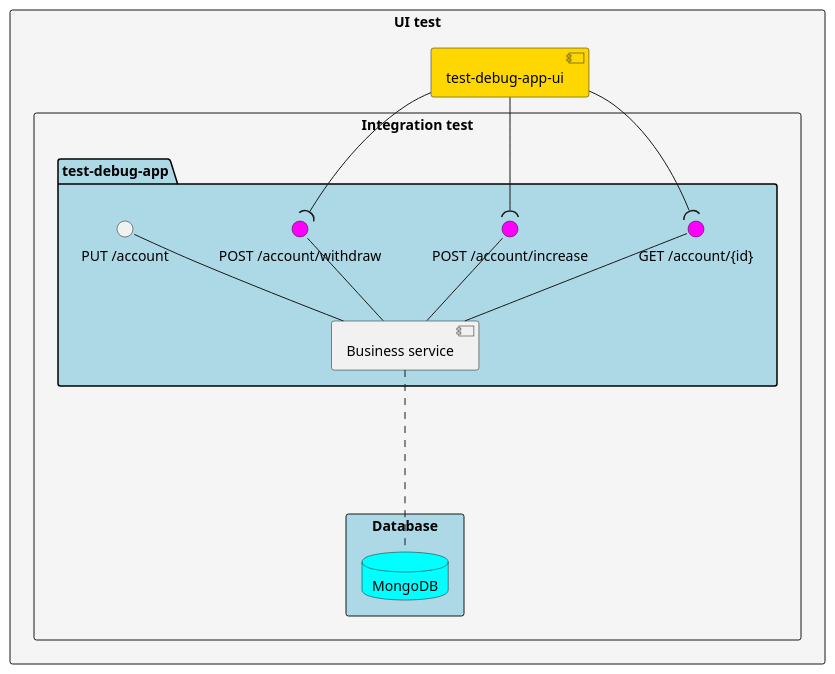
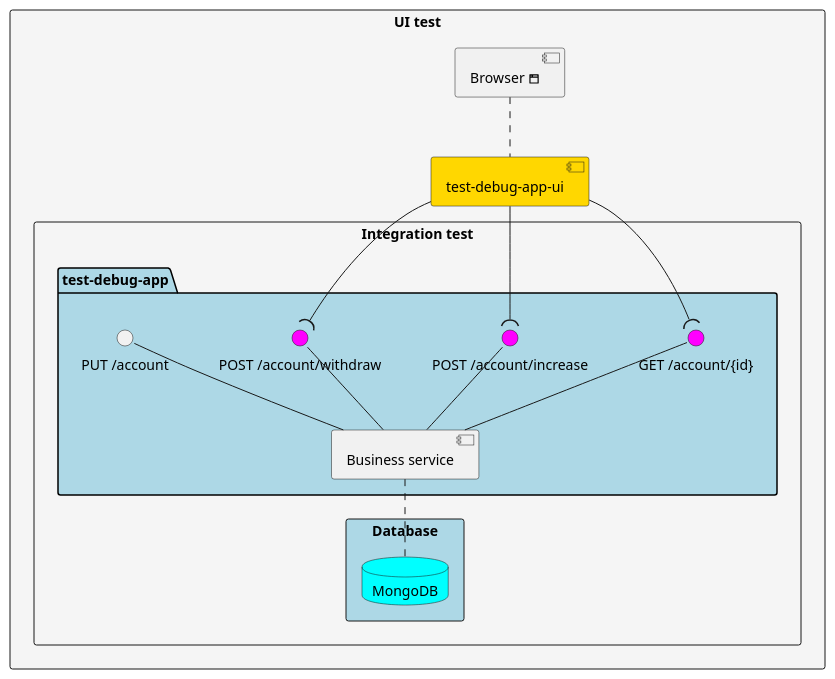
One commit to micsigen/test-debug-app changed the diagram in src/main/resources/system_diagram.puml. Above: the diagram before and after it, drawn with PlantUML.

Commit message:
Change diagram.

```diff
--- a/src/main/resources/system_diagram.puml
+++ b/src/main/resources/system_diagram.puml
@@ -1,31 +1,34 @@
 @startuml name "System diagram"
 
 rectangle "UI test" #whitesmoke {
+
+  rectangle [Browser <&browser>] as browser
 
   [test-debug-app-ui] as ui #gold
   rectangle "Integration test" #whitesmoke {
 
     package "test-debug-app" #lightblue {
         () "GET /account/{id}" as query_endpoint #magenta
         () "POST /account/increase" as increase_endpoint #magenta
         () "POST /account/withdraw" as withdraw_endpoint #magenta
         () "PUT /account" as create_endpoint
         [Business service] as service
         query_endpoint -- service
         increase_endpoint -- service
         withdraw_endpoint -- service
         create_endpoint -- service
     }
 
     rectangle "Database" #lightblue {
         database "MongoDB" as db #aqua
     }
 
-    service -down... db
+    service -down. db
+    browser -down. ui
 
   }
   ui -down-( query_endpoint
   ui -down-( increase_endpoint
   ui -down-( withdraw_endpoint
 }
 @enduml
```
